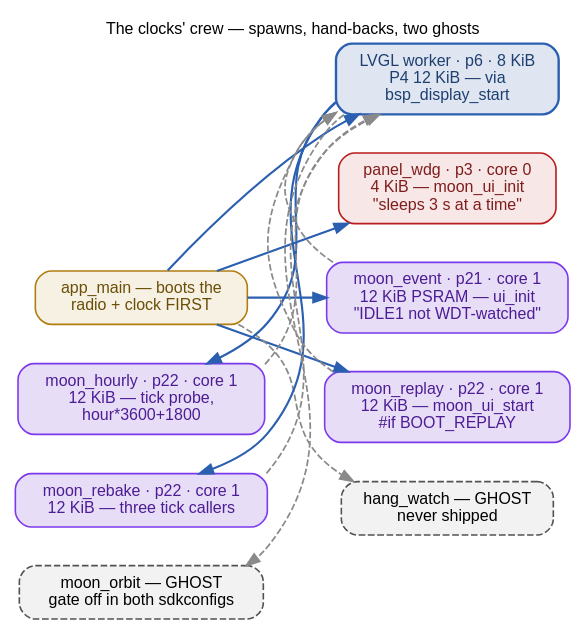
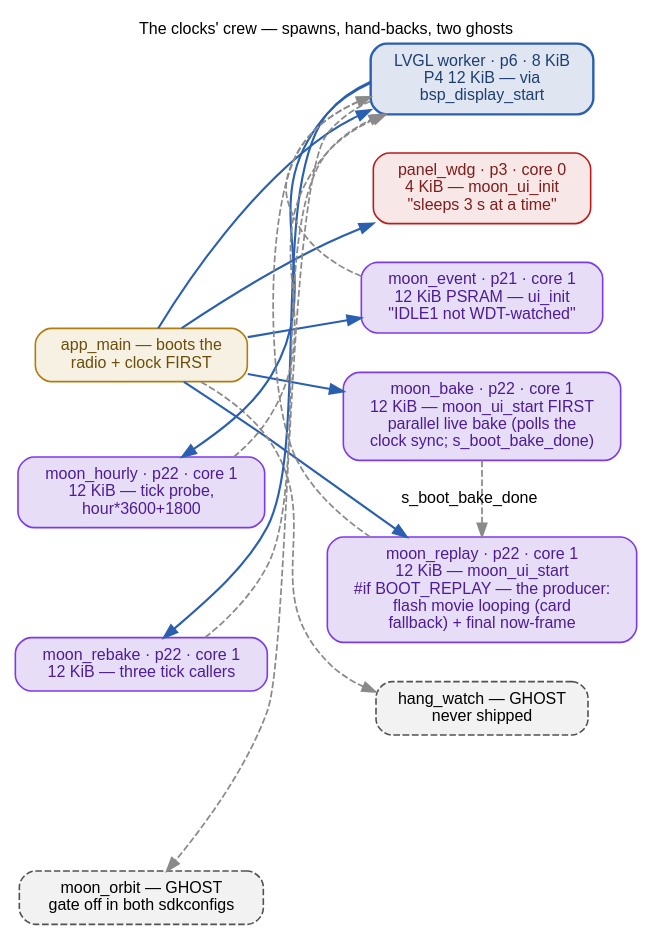
Before and after one commit to ukos-git/moon-clock-esp: the diagram in docs/_graphs/task-roster-clocks.dot, drawn with Graphviz. The commit also changed 9 other files, not shown here.

First line of the commit message:
docs: the boot movie's page, the re-sourced boot docs, the roster

```diff
--- a/docs/_graphs/task-roster-clocks.dot
+++ b/docs/_graphs/task-roster-clocks.dot
@@ -1,81 +1,93 @@
 // The CLOCKS crew opened (S3 + P4, one source): every xTaskCreate* site
 // as a blue spawn arrow, every hand-back to the tick as a dashed arrow,
 // the two shipped-out ghosts dashed grey; the spawning call is named
 // inside each node. Every edge read out of the live source before
 // drawing (comment-stripped greps):
 //   boot spawns (main/main.cpp app_main): bsp_display_start runs the
 //     adapter's LVGL task (main.cpp:558-572 P4 branch, S3 falls through
 //     bsp_display_start); the S3 BSP pins it itself, cfg->lv_adapter_cfg.
 //     task_core_id = 0 at esp32_s3_touch_amoled_1_75.c:590 with the
 //     code's own reason ("The adapter default (core -1, no affinity)
 //     lets FreeRTOS park it on core 1, where the moon bake producer ...
 //     is pinned"); the P4 branch overrides ONLY task_stack_size = 12288,
 //     so the P4 painter keeps ESP_LV_ADAPTER_DEFAULT_TASK_CORE_ID (-1).
 //   moon_ui_init spawns panel_wdg ("panel_wdg" 4096, prio 3, core 0 —
 //     "Low priority on core 0: it sleeps 3 s at a time") and the
 //     classify worker ("moon_event" 12288, MAX_PRIORITIES-4, core 1,
 //     MALLOC_CAP_SPIRAM — "IDLE1 is not WDT-watched, so its 15-20 s
-//     scan can never trip the watchdog"); moon_ui_start spawns
-//     moon_replay (12288, MAX-3, core 1) under #if UI_MOON_BOOT_REPLAY
-//     && !UI_DEMO_MODE with the code's own inline-bake fall-through.
+//     scan can never trip the watchdog"); moon_ui_start spawns the
+//     boot presentation's TWO core-1 tasks under #if
+//     UI_MOON_BOOT_REPLAY && !UI_DEMO_MODE — moon_bake FIRST (the
+//     parallel live bake, moon_boot_bake_task, 12288, MAX-3, core 1)
+//     then moon_replay (the producer, 12288, MAX-3, core 1) — with
+//     the code's own inline-bake fall-through when the producer
+//     fails to start (the bake is aborted; it will not publish).
 //   Tick spawns (LVGL task): moon_hourly_service at the tick head
 //     (:2451) spawns moon_hourly at hour*3600+1800; moon_rebake_request
 //     spawns moon_rebake from THREE tick callers — degraded hourly
 //     probe :1754, moon_ui_day_tick :2854, wake path :2928. moon_orbit
 //     is a GHOST: UI_MOON_ORBIT_ENABLE unset in BOTH sdkconfigs
 //     (:2380 / :2511). hang_watch (main.cpp:748) is the TEST_HANG_WATCH
 //     ghost, never shipped.
 //   Wakes (dashed, all back into the painter): the producers publish
 //     into the shared PSRAM buffers and the tick's done leg shows each
 //     finished frame as ONE atomic whole-panel flush (hourly — done
-//     flag; rebake — published frame; replay — strip watermarks); the
-//     classify worker warms the day the tick later reads.
+//     flag; rebake — published frame; replay — the movie / card
+//     frames + the final now-frame); the parallel boot bake hands
+//     s_boot_bake_done to the producer (not the painter — the
+//     producer owns the publish); the classify worker warms the day
+//     the tick later reads.
 // The priority ladder is the scheduler ladder
 // (verification/performance.rst); the same crew's cadence over the
 // chips is docs/_graphs/task-roster-chips.dot (this page); the crew in
 // black boxes is docs/_graphs/task-roster.dot (this page). FONTS: 12 pt
 // = the page's 16 px body text at 1:1 — kept inside the column.
 // Rendered inline as SVG by sphinx.ext.graphviz (dot on PATH).
 digraph task_roster_clocks {
     rankdir=LR;
     label="The clocks' crew — spawns, hand-backs, two ghosts";
     labelloc="t"; labeljust="c";
     fontname="Helvetica"; fontsize=12;
     graph [nodesep=0.4, ranksep=0.6];
     node [fontname="Helvetica", fontsize=12, shape=box, style="rounded,filled",
           width=0, height=0, margin="0.16,0.10", fillcolor="#f2f2ef",
           color="#525252", penwidth=1.2];
     edge [fontname="Helvetica", fontsize=12, color="#8a8a8a", penwidth=1.3];
 
     app_main [label="app_main — boots the\nradio + clock FIRST",
               fillcolor="#f6f1e2", color="#b07d10", fontcolor="#6b4e08"];
     lvgl [label="LVGL worker · p6 · 8 KiB\nP4 12 KiB — via\nbsp_display_start",
           fillcolor="#dfe6f1", color="#2b5fb0", fontcolor="#1e3f70", penwidth=1.8];
     wdg [label="panel_wdg · p3 · core 0\n4 KiB — moon_ui_init\n\"sleeps 3 s at a time\"",
          fillcolor="#f8e7e7", color="#b91c1c", fontcolor="#7f1d1d"];
     event [label="moon_event · p21 · core 1\n12 KiB PSRAM — ui_init\n\"IDLE1 not WDT-watched\"",
            fillcolor="#e8ddf6", color="#7c3aed", fontcolor="#4c1d95"];
-    replay [label="moon_replay · p22 · core 1\n12 KiB — moon_ui_start\n#if BOOT_REPLAY",
+    bake [label="moon_bake · p22 · core 1\n12 KiB — moon_ui_start FIRST\nparallel live bake (polls the\nclock sync; s_boot_bake_done)",
+          fillcolor="#e8ddf6", color="#7c3aed", fontcolor="#4c1d95"];
+    replay [label="moon_replay · p22 · core 1\n12 KiB — moon_ui_start\n#if BOOT_REPLAY — the producer:\nflash movie looping (card\nfallback) + final now-frame",
             fillcolor="#e8ddf6", color="#7c3aed", fontcolor="#4c1d95"];
     hourly [label="moon_hourly · p22 · core 1\n12 KiB — tick probe,\nhour*3600+1800",
             fillcolor="#e8ddf6", color="#7c3aed", fontcolor="#4c1d95"];
     rebake [label="moon_rebake · p22 · core 1\n12 KiB — three tick callers",
             fillcolor="#e8ddf6", color="#7c3aed", fontcolor="#4c1d95"];
     orbit [label="moon_orbit — GHOST\ngate off in both sdkconfigs",
            style="rounded,filled,dashed", fillcolor="#f2f2f2"];
     hang [label="hang_watch — GHOST\nnever shipped",
           style="rounded,filled,dashed", fillcolor="#f2f2f2"];
 
     app_main -> lvgl [color="#2b5fb0", penwidth=1.6];
     app_main -> wdg [color="#2b5fb0", penwidth=1.6];
     app_main -> event [color="#2b5fb0", penwidth=1.6];
+    app_main -> bake [color="#2b5fb0", penwidth=1.6];
     app_main -> replay [color="#2b5fb0", penwidth=1.6];
     app_main -> hang [style=dashed];
     lvgl -> hourly [color="#2b5fb0", penwidth=1.6, constraint=false];
     lvgl -> rebake [color="#2b5fb0", penwidth=1.6, constraint=false];
     lvgl -> orbit [style=dashed, constraint=false];
     hourly -> lvgl [style=dashed, constraint=false];
     rebake -> lvgl [style=dashed, constraint=false];
+    bake -> replay [style=dashed, constraint=false,
+                    label="s_boot_bake_done"];
     replay -> lvgl [style=dashed, constraint=false];
     event -> lvgl [style=dashed, constraint=false];
 }
```
